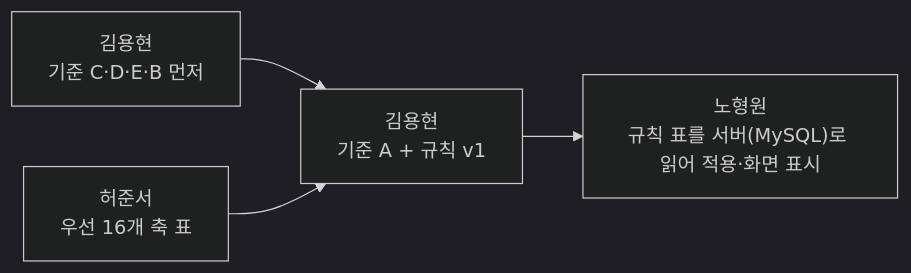
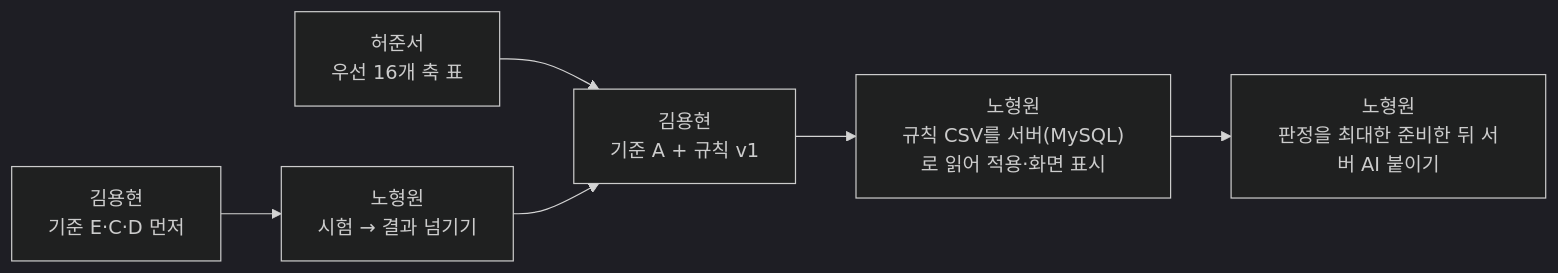
Before and after one commit to 20233014-KYH/New_Project: the diagram in docs/recommendation-criteria-next.md, drawn with Mermaid (dark theme). The commit also changed other lines of this file, not shown here.

Commit message:
docs: PR #14 질문 답(노형원 결정) 반영, 시험한 것만 추천하는 기준으로 수정

````diff
--- a/docs/recommendation-criteria-next.md
+++ b/docs/recommendation-criteria-next.md
@@ -155,6 +190,8 @@
 ```mermaid
 flowchart LR
-  A["김용현<br/>기준 C·D·E·B 먼저"] --> C
+  A["김용현<br/>기준 E·C·D 먼저"] --> R["노형원<br/>시험 → 결과 넘기기"]
   B["허준서<br/>우선 16개 축 표"] --> C["김용현<br/>기준 A + 규칙 v1"]
-  C --> D["노형원<br/>규칙 표를 서버(MySQL)로 읽어 적용·화면 표시"]
+  R --> C
+  C --> D["노형원<br/>규칙 CSV를 서버(MySQL)로 읽어 적용·화면 표시"]
+  D --> E["노형원<br/>판정을 최대한 준비한 뒤 서버 AI 붙이기"]
 ```
````
